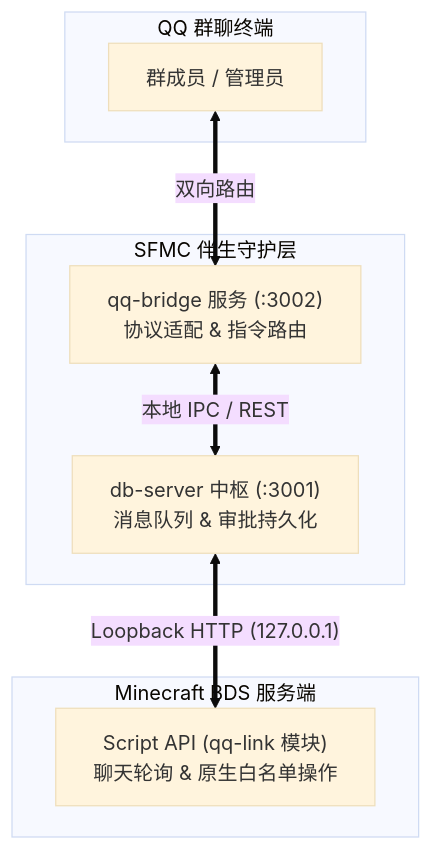
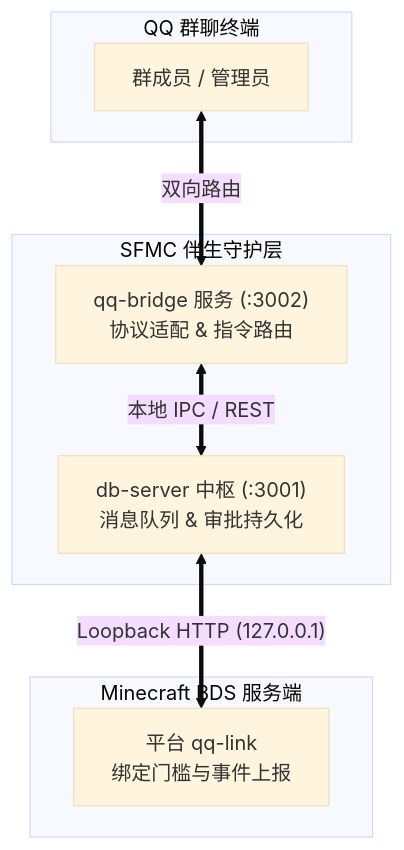
The first of 3 diagrams in docs/zh/guide/qq-bridge.mdx (DogeLakeDev/ScriptsForMinecraftServer), drawn with Mermaid (base theme) before and after one commit. The commit also changed other lines of this file and 38 other files, not shown here.

````diff
--- a/docs/zh/guide/qq-bridge.mdx
+++ b/docs/zh/guide/qq-bridge.mdx
@@ -11,19 +11,19 @@
 ```mermaid
 flowchart TD
   subgraph QQ_Side ["QQ 群聊终端"]
     Q_User["群成员 / 管理员"]
   end
 
   subgraph Bridge_Layer ["SFMC 伴生守护层"]
     QQ_Svc["qq-bridge 服务 (:3002)<br/>协议适配 & 指令路由"]
     DB_Svc["db-server 中枢 (:3001)<br/>消息队列 & 审批持久化"]
   end
 
   subgraph Game_Layer ["Minecraft BDS 服务端"]
-    SAPI["Script API (qq-link 模块)<br/>聊天轮询 & 原生白名单操作"]
+    SAPI["平台 qq-link<br/>绑定门槛与事件上报"]
   end
 
   Q_User <== 双向路由 ==> QQ_Svc
   QQ_Svc <== 本地 IPC / REST ==> DB_Svc
   DB_Svc <== Loopback HTTP (127.0.0.1) ==> SAPI
 ```
````
